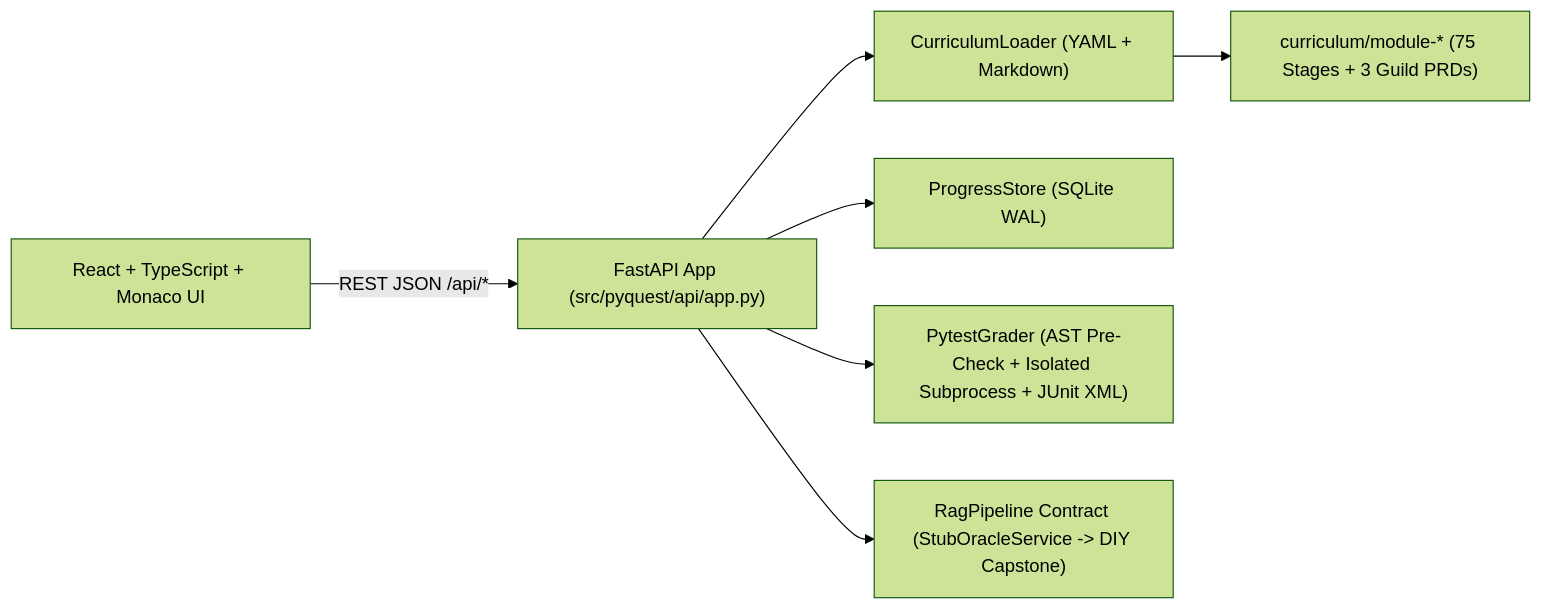
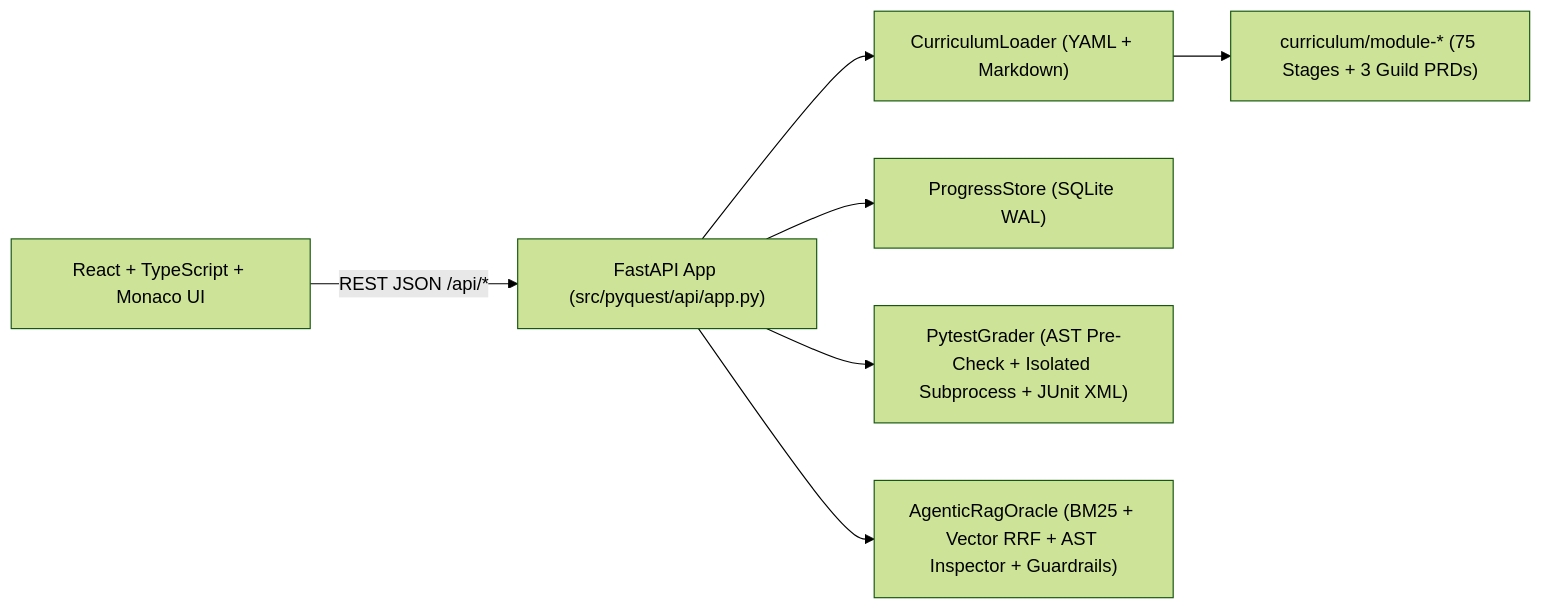
One commit to momarinho/python-terminal-quest changed the diagram in README.md. Above: the diagram before and after it, drawn with Mermaid (forest theme). The commit also changed other lines of this file and 5 other files, not shown here.

Commit message:
docs,chore: update README with live Agentic RAG & roadmap checklist, add LICENSE and .env.example, untrack tsbuildinfo

````diff
--- a/README.md
+++ b/README.md
@@ -11,9 +11,9 @@
 ```mermaid
 flowchart LR
     UI["React + TypeScript + Monaco UI"] -->|REST JSON /api/*| API["FastAPI App (src/pyquest/api/app.py)"]
     API --> Loader["CurriculumLoader (YAML + Markdown)"]
     API --> Store["ProgressStore (SQLite WAL)"]
     API --> Grader["PytestGrader (AST Pre-Check + Isolated Subprocess + JUnit XML)"]
-    API --> Oracle["RagPipeline Contract (StubOracleService -> DIY Capstone)"]
+    API --> Oracle["AgenticRagOracle (BM25 + Vector RRF + AST Inspector + Guardrails)"]
     Loader --> Disk["curriculum/module-* (75 Stages + 3 Guild PRDs)"]
 ```
````
